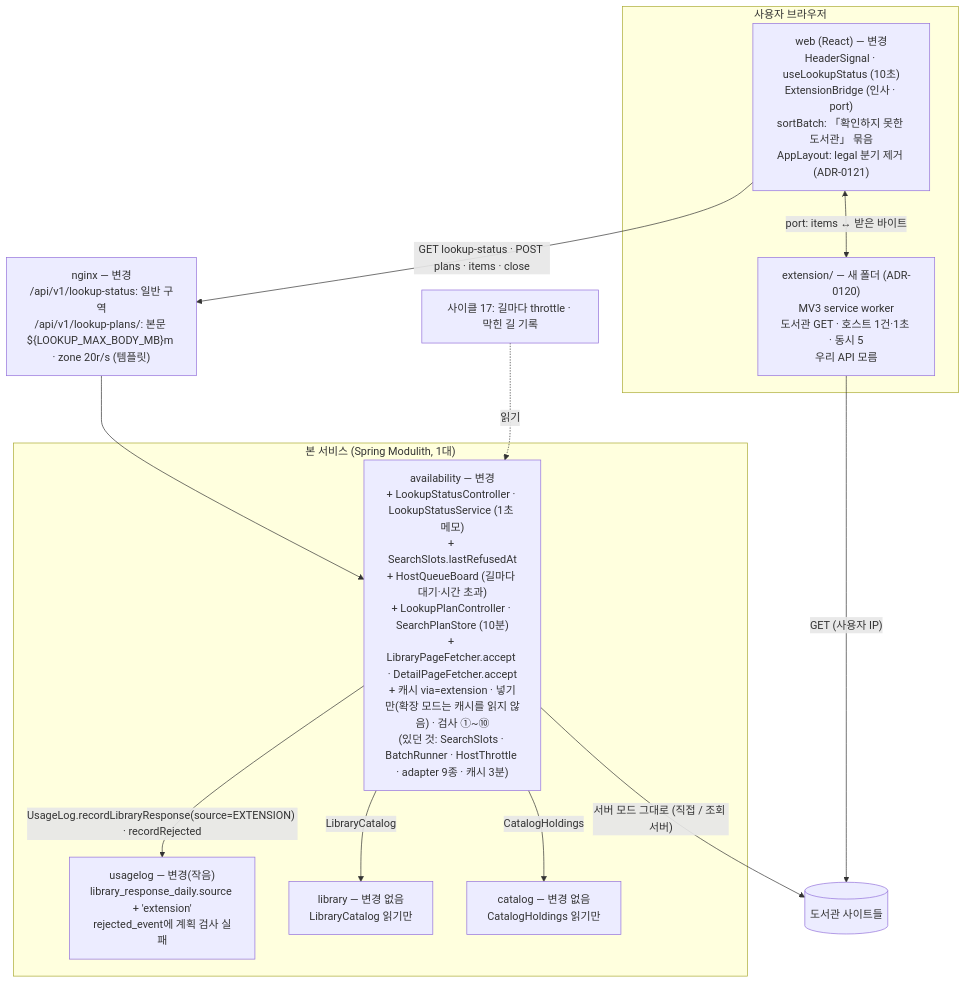
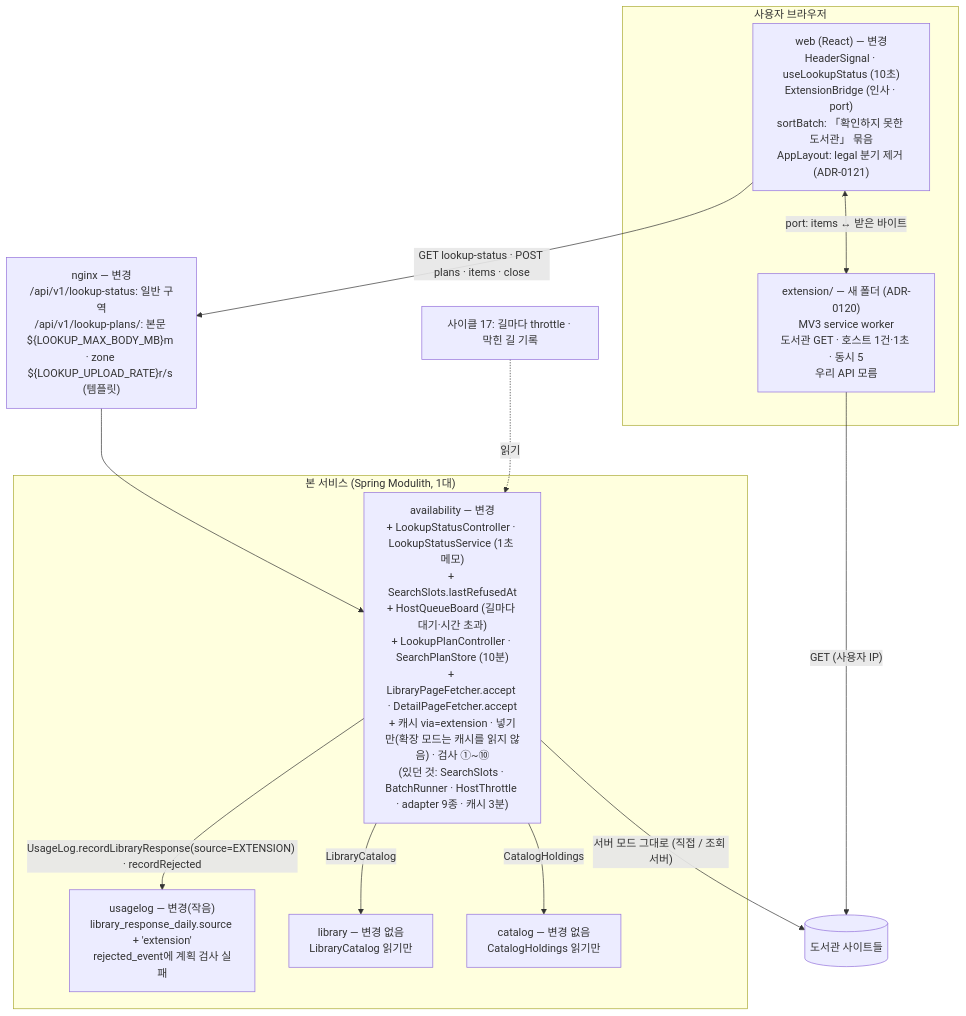
The first of 5 diagrams in docs/cycles/20-lookup-status-and-extension/design-delta.md (hodu-sketch/chaekcheck-plan), drawn with Mermaid before and after one commit. The commit also changed other lines of this file and 1 other file, not shown here.

Commit message:
cycle 20: #2 upload rate as env vars (user); 'what is upload' picture answer; #11 settings-index doc proposal

````diff
--- a/docs/cycles/20-lookup-status-and-extension/design-delta.md
+++ b/docs/cycles/20-lookup-status-and-extension/design-delta.md
@@ -12,22 +12,22 @@
 ```mermaid
 flowchart TB
   subgraph browser["사용자 브라우저"]
     web["web (React) — 변경<br/>HeaderSignal · useLookupStatus (10초)<br/>ExtensionBridge (인사 · port)<br/>sortBatch: 「확인하지 못한 도서관」 묶음<br/>AppLayout: legal 분기 제거 (ADR-0121)"]
     ext["extension/ — 새 폴더 (ADR-0120)<br/>MV3 service worker<br/>도서관 GET · 호스트 1건·1초 · 동시 5<br/>우리 API 모름"]
   end
-  nginx["nginx — 변경<br/>/api/v1/lookup-status: 일반 구역<br/>/api/v1/lookup-plans/: 본문 ${LOOKUP_MAX_BODY_MB}m · zone 20r/s (템플릿)"]
+  nginx["nginx — 변경<br/>/api/v1/lookup-status: 일반 구역<br/>/api/v1/lookup-plans/: 본문 ${LOOKUP_MAX_BODY_MB}m · zone ${LOOKUP_UPLOAD_RATE}r/s (템플릿)"]
   subgraph main["본 서비스 (Spring Modulith, 1대)"]
     av["availability — 변경<br/>+ LookupStatusController · LookupStatusService (1초 메모)<br/>+ SearchSlots.lastRefusedAt<br/>+ HostQueueBoard (길마다 대기·시간 초과)<br/>+ LookupPlanController · SearchPlanStore (10분)<br/>+ LibraryPageFetcher.accept · DetailPageFetcher.accept<br/>+ 캐시 via=extension · 넣기만(확장 모드는 캐시를 읽지 않음) · 검사 ①~⑩<br/>(있던 것: SearchSlots · BatchRunner · HostThrottle · adapter 9종 · 캐시 3분)"]
     ul["usagelog — 변경(작음)<br/>library_response_daily.source + 'extension'<br/>rejected_event에 계획 검사 실패"]
     lib["library — 변경 없음<br/>LibraryCatalog 읽기만"]
     cat["catalog — 변경 없음<br/>CatalogHoldings 읽기만"]
     av -->|"UsageLog.recordLibraryResponse(source=EXTENSION) · recordRejected"| ul
     av -->|"LibraryCatalog"| lib
     av -->|"CatalogHoldings"| cat
   end
   web -->|"GET lookup-status · POST plans · items · close"| nginx --> av
   web <-->|"port: items ↔ 받은 바이트"| ext
   ext -->|"GET (사용자 IP)"| sites[("도서관 사이트들")]
   av -->|"서버 모드 그대로 (직접 / 조회 서버)"| sites
   bl["사이클 17: 길마다 throttle · 막힌 길 기록"] -.->|"읽기"| av
 ```
````
